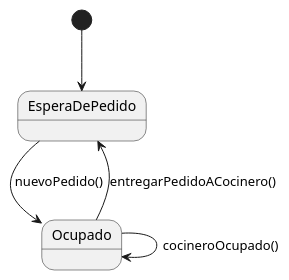
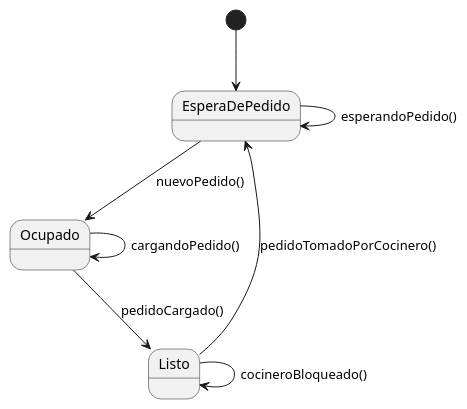
One commit to franciscolmos/PC-Ejercicios changed the diagram in Delivery/UML/encargado.puml. Above: the diagram before and after it, drawn with PlantUML. The commit also changed 4 other files, not shown here.

Commit message:
actualizaciones en los diagramas de estados

```diff
--- a/Delivery/UML/encargado.puml
+++ b/Delivery/UML/encargado.puml
@@ -1,6 +1,9 @@
 @startuml Encargado
     [*] --> EsperaDePedido
+    EsperaDePedido --> EsperaDePedido : esperandoPedido()
     EsperaDePedido --> Ocupado : nuevoPedido()
-    Ocupado --> Ocupado : cocineroOcupado()
-    Ocupado --> EsperaDePedido: entregarPedidoACocinero()
+    Ocupado --> Ocupado : cargandoPedido()
+    Ocupado --> Listo: pedidoCargado()
+    Listo --> Listo : cocineroBloqueado()
+    Listo --> EsperaDePedido : pedidoTomadoPorCocinero()
 @enduml
```
